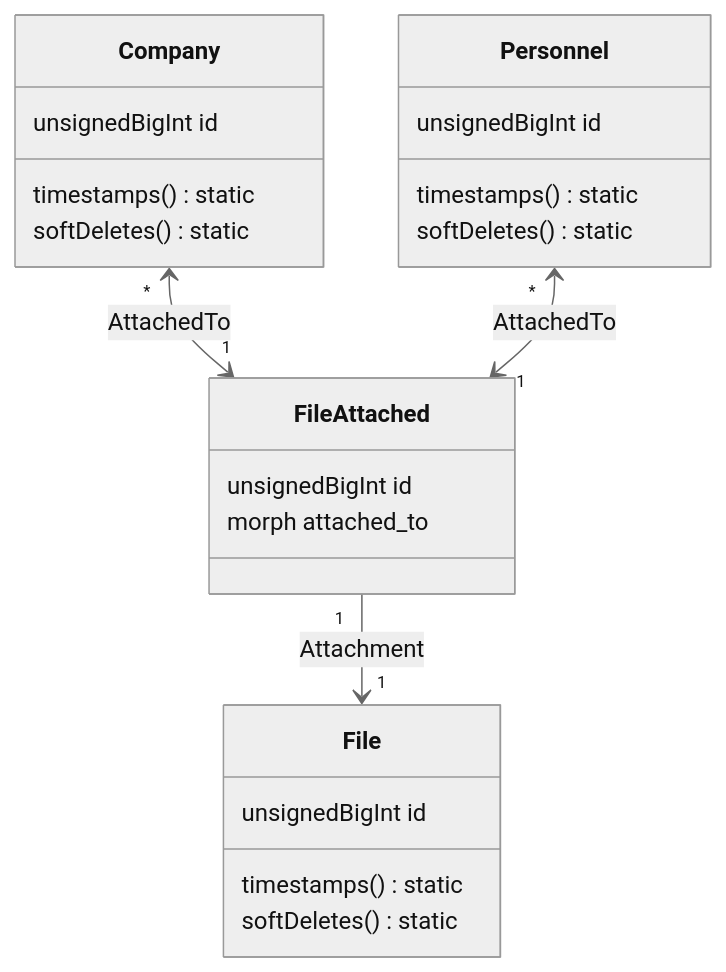
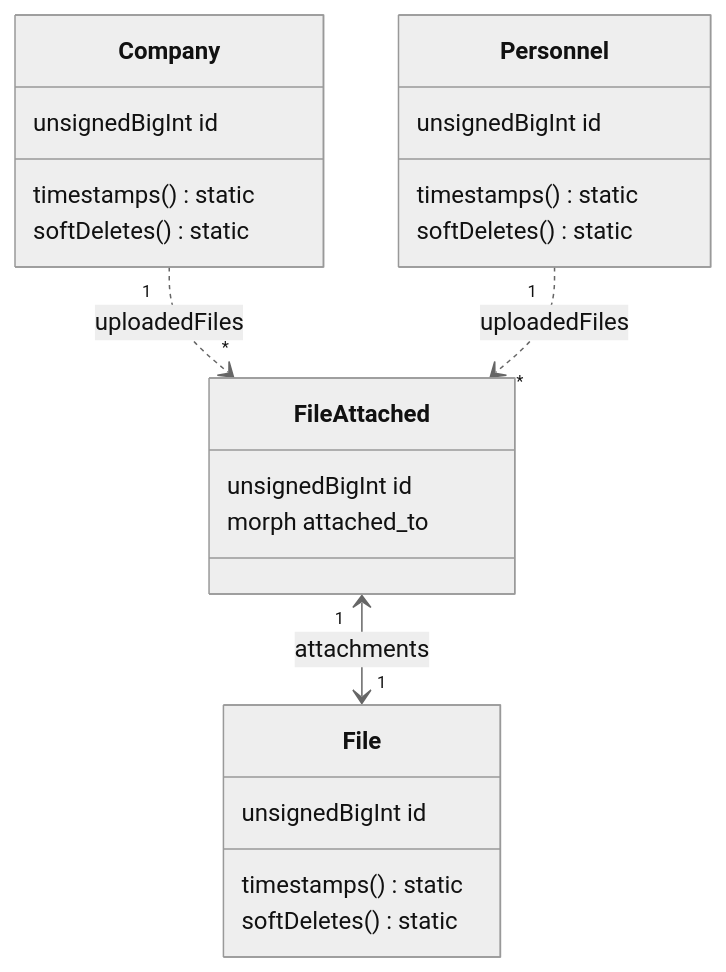
One commit to creasico/laravel-base changed the sixth of 6 diagrams in database/README.md. Above: the diagram before and after it, drawn with Mermaid (neutral theme). The commit also changed other lines of this file, not shown here.

````diff
--- a/database/README.md
+++ b/database/README.md
@@ -313,25 +344,25 @@
 ```mermaid
 classDiagram
-    Company "*" <--> "1" FileAttached : AttachedTo
-    Personnel "*" <--> "1" FileAttached : AttachedTo
+    Company "1" ..> "*" FileAttached : uploadedFiles
+    Personnel "1" ..> "*" FileAttached : uploadedFiles
     class File {
         unsignedBigInt id
         timestamps() static
         softDeletes() static
     }
-    FileAttached "1" --> "1" File : Attachment
+    FileAttached "1" <--> "1" File : attachments
     class FileAttached {
         unsignedBigInt id
         morph attached_to
     }
     class Company {
         unsignedBigInt id
         timestamps() static
         softDeletes() static
     }
     class Personnel {
         unsignedBigInt id
         timestamps() static
         softDeletes() static
     }
 ```
````
